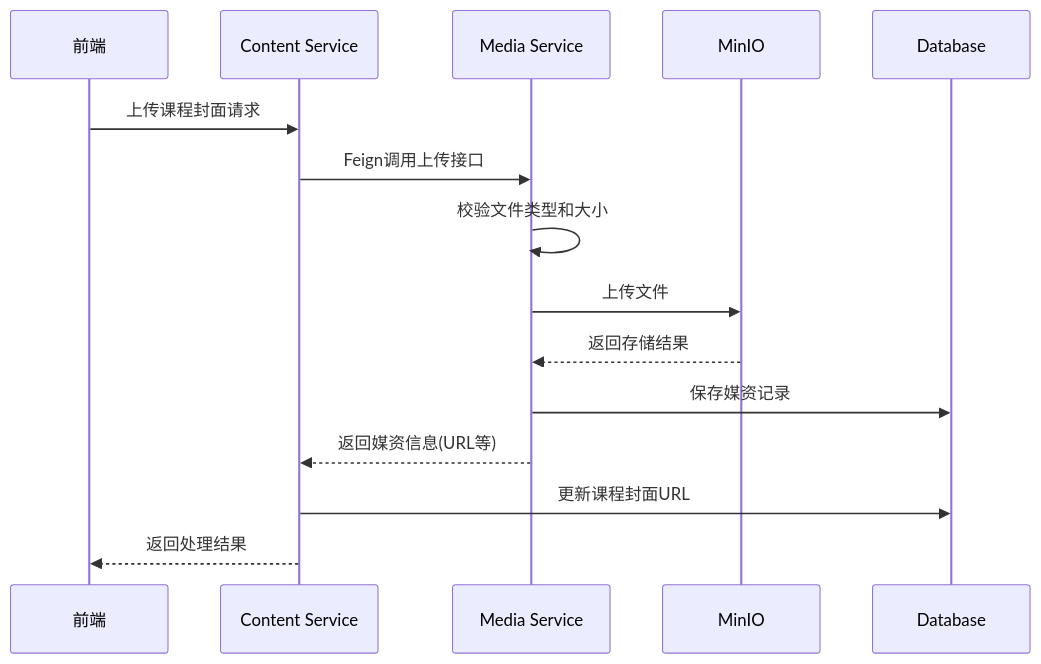
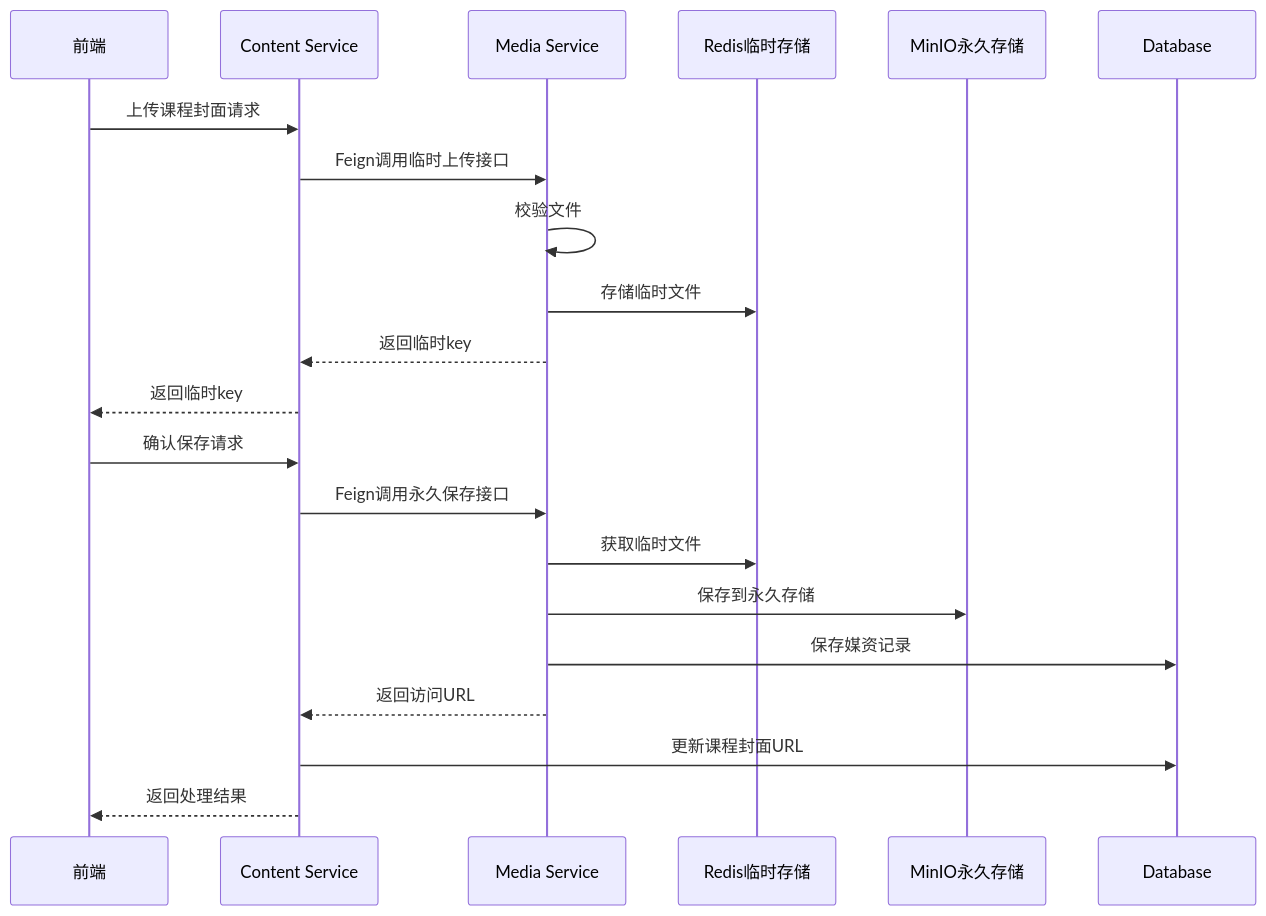
Before and after one commit to michealmachine/online_course_platform: the first of 5 diagrams in docs/content_service.md, drawn with Mermaid. The commit also changed other lines of this file and 9 other files, not shown here.

````diff
--- a/docs/content_service.md
+++ b/docs/content_service.md
@@ -302,18 +313,25 @@
 ```mermaid
 sequenceDiagram
     participant Client as 前端
     participant Content as Content Service
     participant Media as Media Service
-    participant MinIO
+    participant Redis as Redis临时存储
+    participant MinIO as MinIO永久存储
     participant DB as Database
 
     Client->>Content: 上传课程封面请求
-    Content->>Media: Feign调用上传接口
-    Media->>Media: 校验文件类型和大小
-    Media->>MinIO: 上传文件
-    MinIO-->>Media: 返回存储结果
+    Content->>Media: Feign调用临时上传接口
+    Media->>Media: 校验文件
+    Media->>Redis: 存储临时文件
+    Media-->>Content: 返回临时key
+    Content-->>Client: 返回临时key
+    
+    Client->>Content: 确认保存请求
+    Content->>Media: Feign调用永久保存接口
+    Media->>Redis: 获取临时文件
+    Media->>MinIO: 保存到永久存储
     Media->>DB: 保存媒资记录
-    Media-->>Content: 返回媒资信息(URL等)
+    Media-->>Content: 返回访问URL
     Content->>DB: 更新课程封面URL
     Content-->>Client: 返回处理结果
 ```
````
